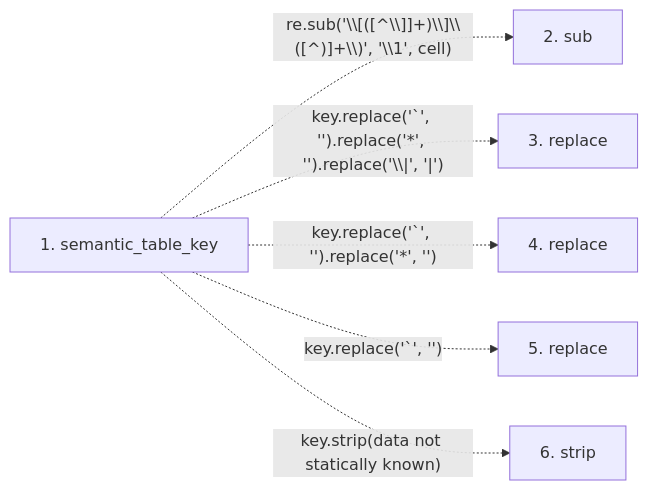
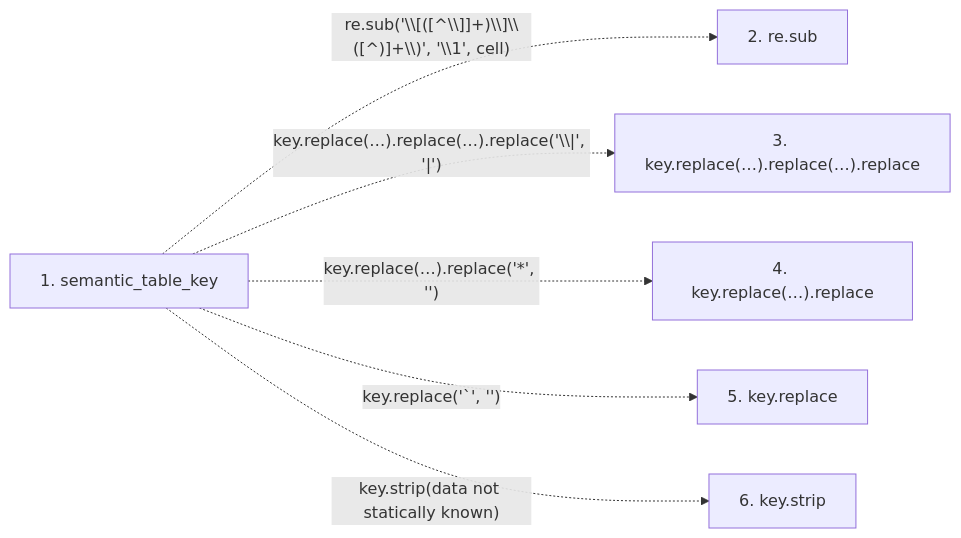
The second of 2 diagrams in docs/llm_wiki/flows/api-semantic_table_key.md (Denissvgn/python-wiki-llm), drawn with Mermaid before and after one commit. The commit also changed other lines of this file and 719 other files, not shown here.

````diff
--- a/docs/llm_wiki/flows/api-semantic_table_key.md
+++ b/docs/llm_wiki/flows/api-semantic_table_key.md
@@ -26,15 +28,15 @@
 ```mermaid
 flowchart LR
     s1["1. semantic_table_key"]
-    s2["2. sub"]
-    s3["3. replace"]
-    s4["4. replace"]
-    s5["5. replace"]
-    s6["6. strip"]
+    s2["2. re.sub"]
+    s3["3. key.replace(…).replace(…).replace"]
+    s4["4. key.replace(…).replace"]
+    s5["5. key.replace"]
+    s6["6. key.strip"]
     s1 -. "re.sub('\\[([^\\]]+)\\]\\([^)]+\\)', '\\1', cell)" .-> s2
-    s1 -. "key.replace('#96;', '').replace('*', '').replace('\\|', '|')" .-> s3
-    s1 -. "key.replace('#96;', '').replace('*', '')" .-> s4
+    s1 -. "key.replace(…).replace(…).replace('\\|', '|')" .-> s3
+    s1 -. "key.replace(…).replace('*', '')" .-> s4
     s1 -. "key.replace('#96;', '')" .-> s5
     s1 -. "key.strip(data not statically known)" .-> s6
     click s1 "../modules/markdown_sections.md"
 ```
````
